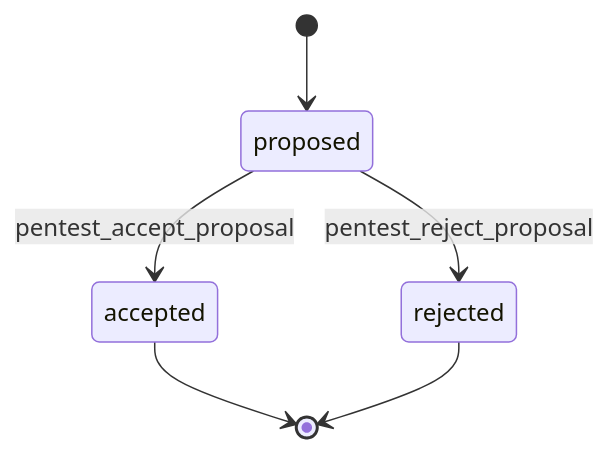
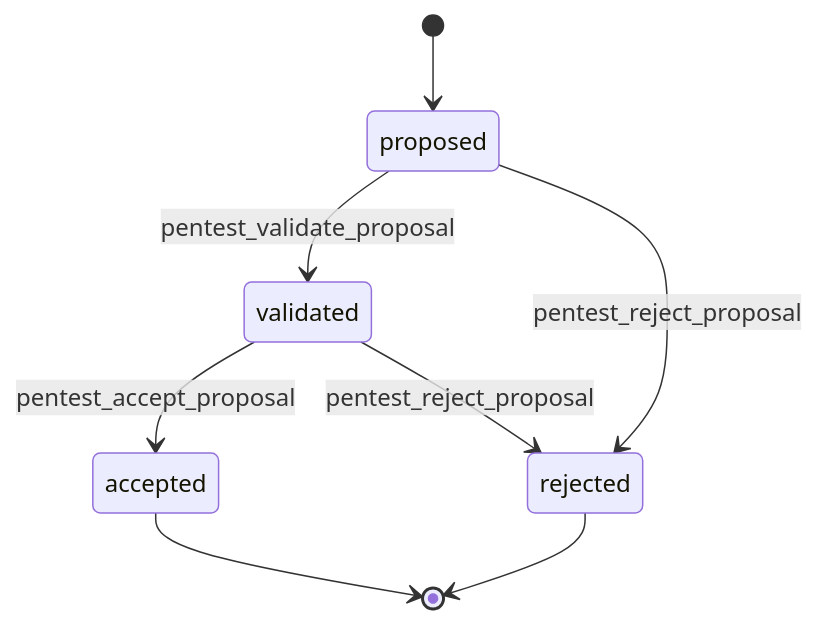
One commit to mkdirtim/FERR changed the fourth of 5 diagrams in features/database.md. Above: the diagram before and after it, drawn with Mermaid. The commit also changed other lines of this file and 18 other files, not shown here.

````diff
--- a/features/database.md
+++ b/features/database.md
@@ -272,8 +274,10 @@
 ```mermaid
 stateDiagram-v2
     [*] --> proposed
-    proposed --> accepted: pentest_accept_proposal
+    proposed --> validated: pentest_validate_proposal
+    validated --> accepted: pentest_accept_proposal
+    validated --> rejected: pentest_reject_proposal
     proposed --> rejected: pentest_reject_proposal
     accepted --> [*]
     rejected --> [*]
 ```
````
